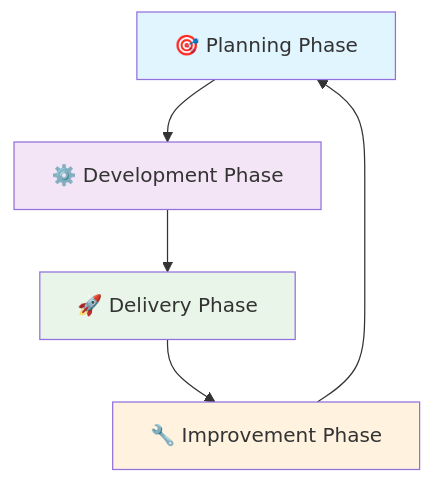
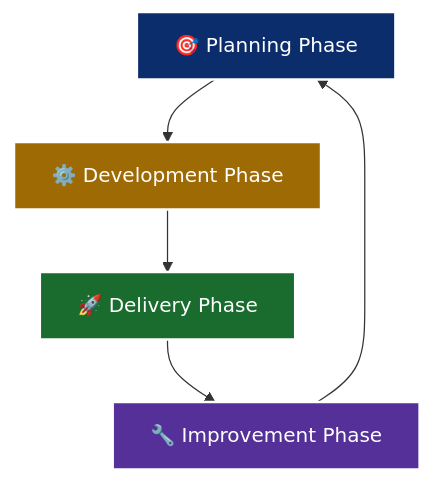
One commit to josamontiel/Detection-Engineering-Framework changed the first of 10 diagrams in DEF.md. Above: the diagram before and after it, drawn with Mermaid. The commit also changed other lines of this file, not shown here.

````diff
--- a/DEF.md
+++ b/DEF.md
@@ -84,12 +71,12 @@
 ```mermaid
 graph TB
     A[🎯 Planning Phase] --> B[⚙️ Development Phase]
     B --> C[🚀 Delivery Phase]
     C --> D[🔧 Improvement Phase]
     D --> A
     
-    style A fill:#e1f5fe
-    style B fill:#f3e5f5
-    style C fill:#e8f5e8
-    style D fill:#fff3e0
+    style A fill:#0c2d6b,stroke:#fff,stroke-width:2px,color:#fff
+    style B fill:#9e6a03,stroke:#fff,stroke-width:2px,color:#fff
+    style C fill:#196c2e,stroke:#fff,stroke-width:2px,color:#fff
+    style D fill:#553098,stroke:#fff,stroke-width:2px,color:#fff
 ```
````
